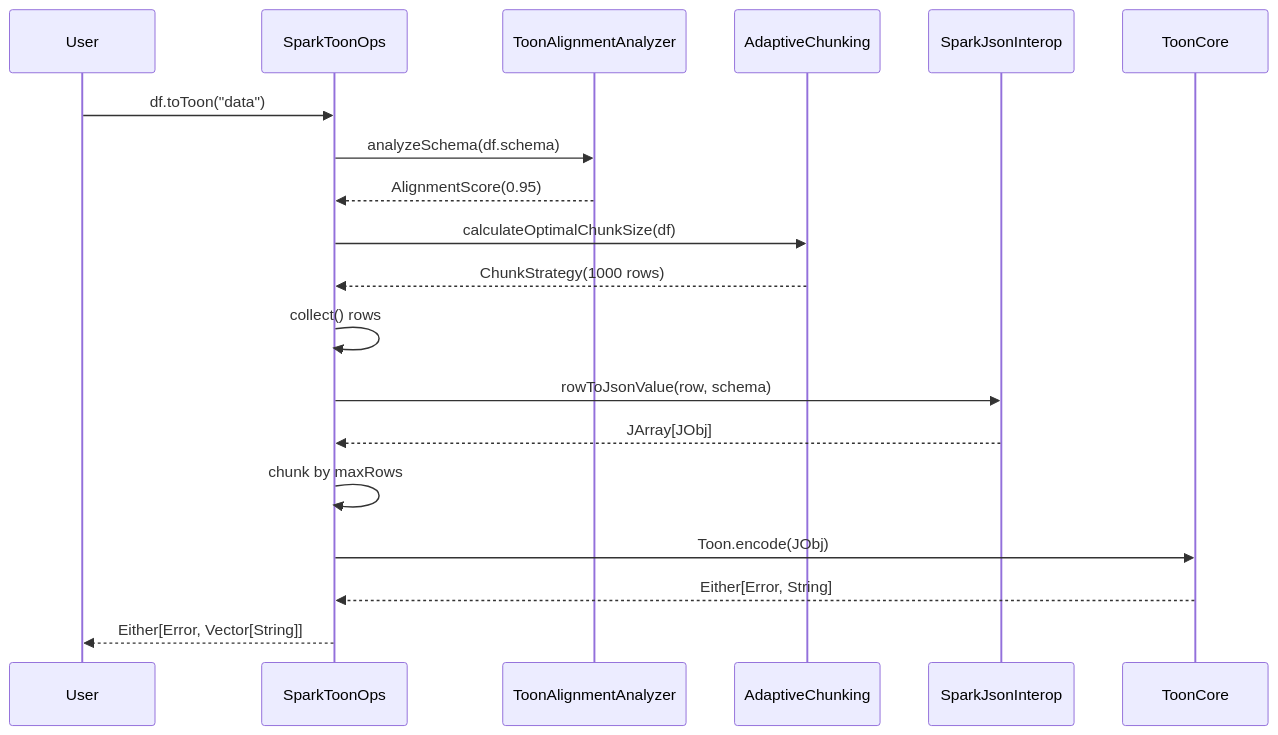
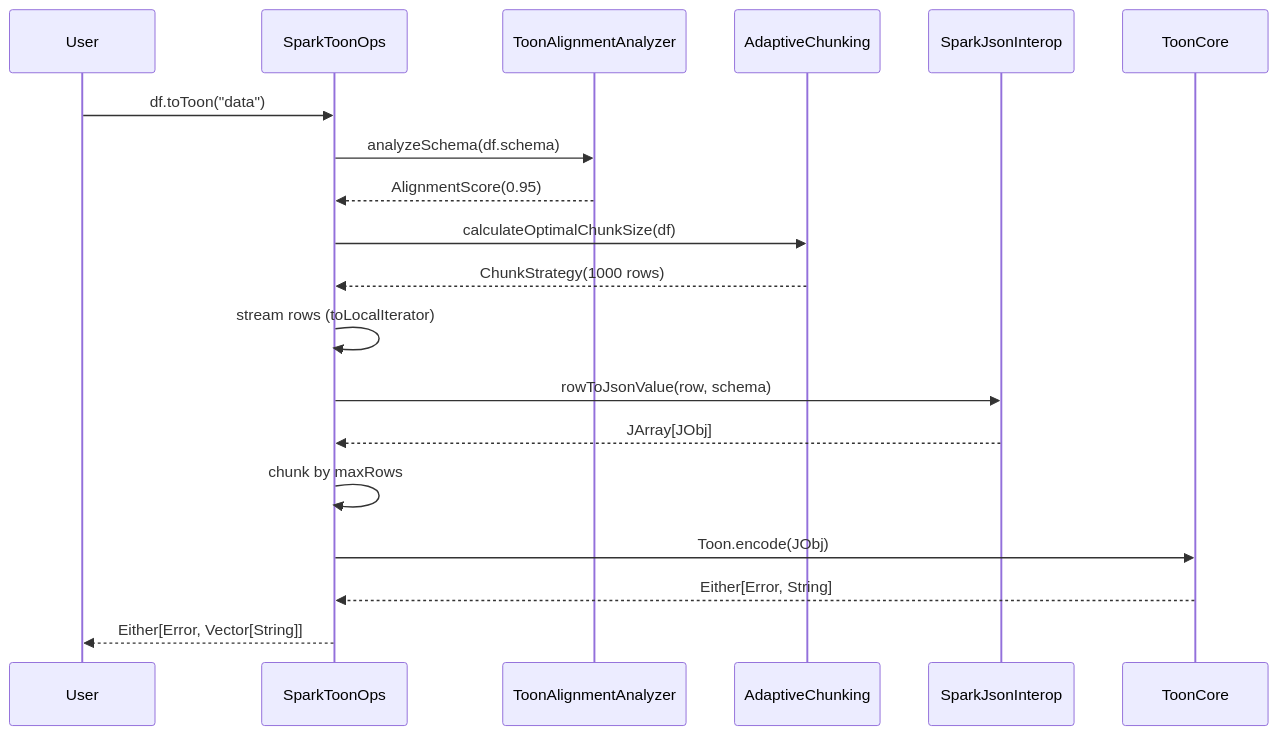
Before and after one commit to com-vitthalmirji/toon4s: the second of 2 diagrams in spark-integration/README.md, drawn with Mermaid. The commit also changed other lines of this file, not shown here.

First line of the commit message:
Update spark README for latest fixes

````diff
--- a/spark-integration/README.md
+++ b/spark-integration/README.md
@@ -756,21 +773,21 @@
 ```mermaid
 sequenceDiagram
     participant User
     participant SparkToonOps
     participant ToonAlignmentAnalyzer
     participant AdaptiveChunking
     participant SparkJsonInterop
     participant ToonCore
     User ->> SparkToonOps: df.toToon("data")
     SparkToonOps ->> ToonAlignmentAnalyzer: analyzeSchema(df.schema)
     ToonAlignmentAnalyzer -->> SparkToonOps: AlignmentScore(0.95)
     SparkToonOps ->> AdaptiveChunking: calculateOptimalChunkSize(df)
     AdaptiveChunking -->> SparkToonOps: ChunkStrategy(1000 rows)
-    SparkToonOps ->> SparkToonOps: collect() rows
+    SparkToonOps ->> SparkToonOps: stream rows (toLocalIterator)
     SparkToonOps ->> SparkJsonInterop: rowToJsonValue(row, schema)
     SparkJsonInterop -->> SparkToonOps: JArray[JObj]
     SparkToonOps ->> SparkToonOps: chunk by maxRows
     SparkToonOps ->> ToonCore: Toon.encode(JObj)
     ToonCore -->> SparkToonOps: Either[Error, String]
     SparkToonOps -->> User: Either[Error, Vector[String]]
 ```
````
